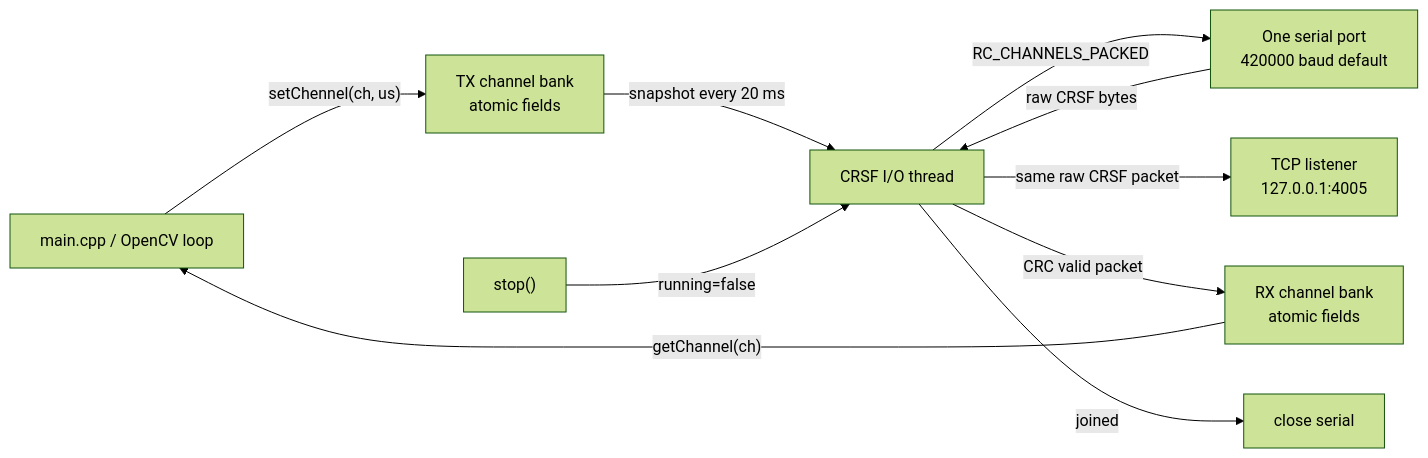
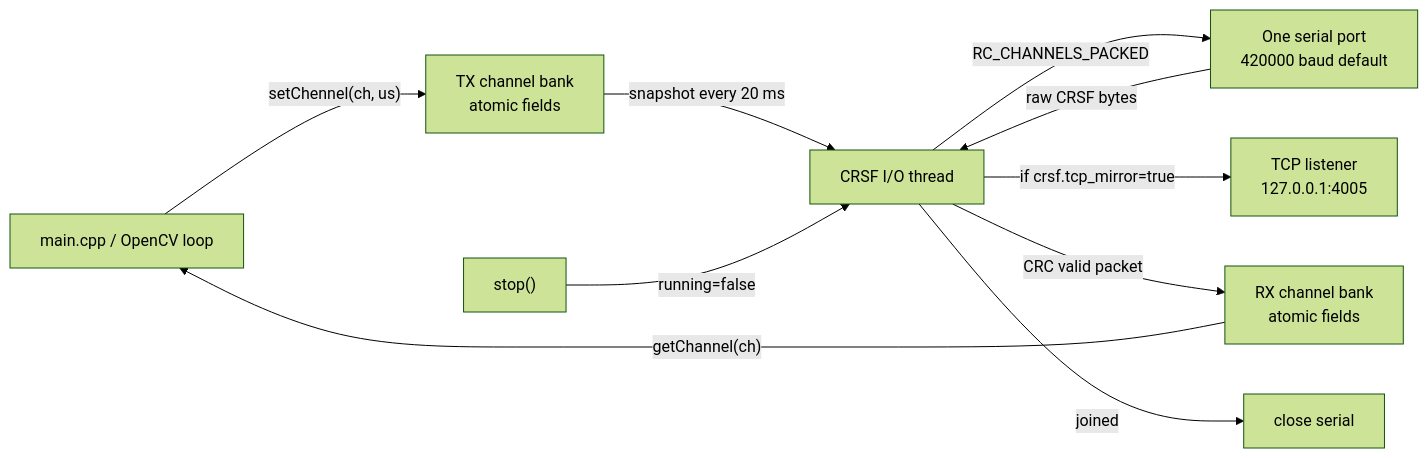
The diagram in README.md (AndriiYe/mv), drawn with Mermaid (forest theme) before and after one commit. The commit also changed other lines of this file and 14 other files, not shown here.

````diff
--- a/README.md
+++ b/README.md
@@ -169,14 +260,14 @@
 ```mermaid
 flowchart LR
     Main["main.cpp / OpenCV loop"] -->|"setChennel(ch, us)"| TxBank["TX channel bank\natomic fields"]
     TxBank -->|"snapshot every 20 ms"| IoThread["CRSF I/O thread"]
     IoThread -->|"RC_CHANNELS_PACKED"| Serial["One serial port\n420000 baud default"]
-    IoThread -->|"same raw CRSF packet"| Tcp["TCP listener\n127.0.0.1:4005"]
+    IoThread -->|"if crsf.tcp_mirror=true"| Tcp["TCP listener\n127.0.0.1:4005"]
 
     Serial -->|"raw CRSF bytes"| IoThread
     IoThread -->|"CRC valid packet"| RxBank["RX channel bank\natomic fields"]
     RxBank -->|"getChannel(ch)"| Main
 
     Stop["stop()"] -->|"running=false"| IoThread
     IoThread -->|"joined"| Closed["close serial"]
 ```
````
